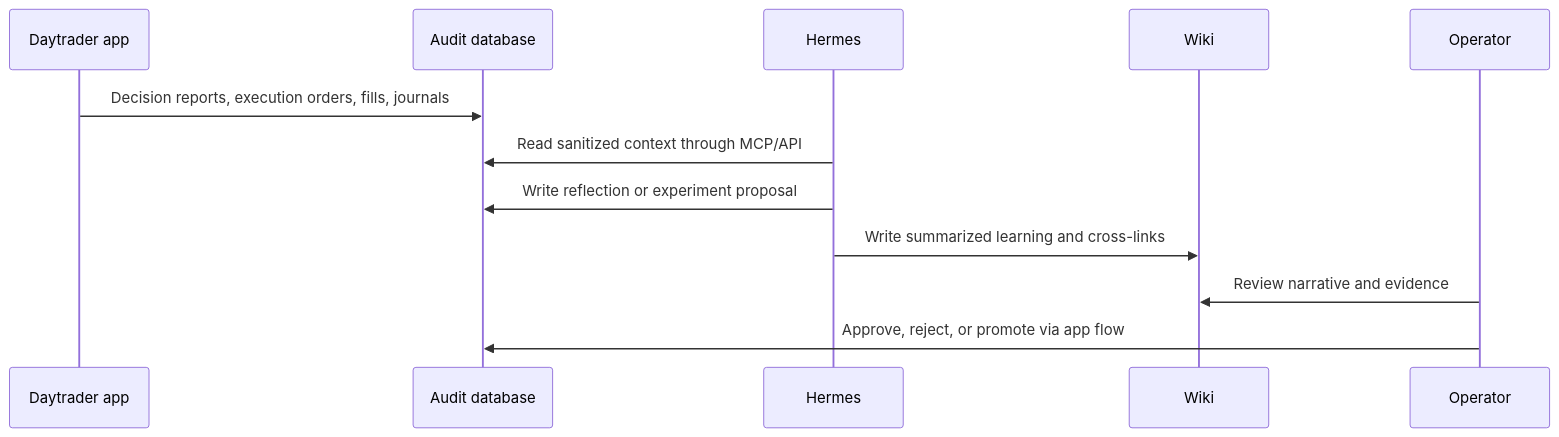
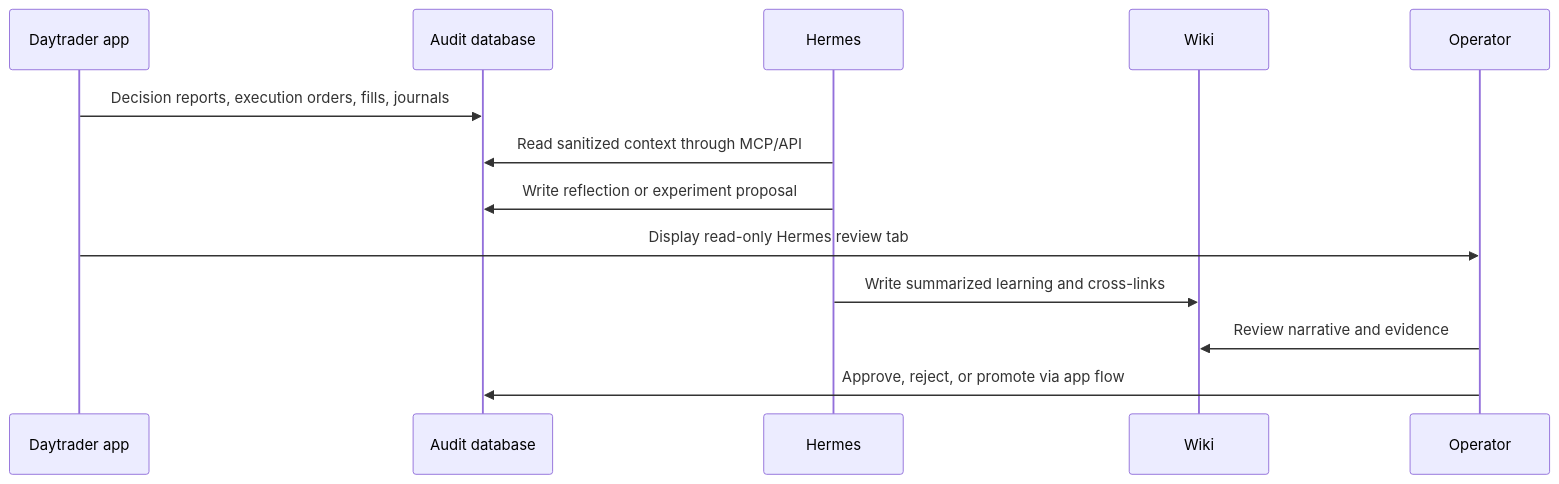
Before and after one commit to simonellefsen/saxo-daytrader-rust: the diagram in wiki/concepts/hermes-self-improvement.md, drawn with Mermaid. The commit also changed other lines of this file and 8 other files, not shown here.

Commit message:
Add Hermes review dashboard

````diff
--- a/wiki/concepts/hermes-self-improvement.md
+++ b/wiki/concepts/hermes-self-improvement.md
@@ -19,15 +19,16 @@
 ```mermaid
 sequenceDiagram
   participant D as Daytrader app
   participant DB as Audit database
   participant H as Hermes
   participant W as Wiki
   participant U as Operator
 
   D->>DB: Decision reports, execution orders, fills, journals
   H->>DB: Read sanitized context through MCP/API
   H->>DB: Write reflection or experiment proposal
+  D->>U: Display read-only Hermes review tab
   H->>W: Write summarized learning and cross-links
   U->>W: Review narrative and evidence
   U->>DB: Approve, reject, or promote via app flow
 ```
````
